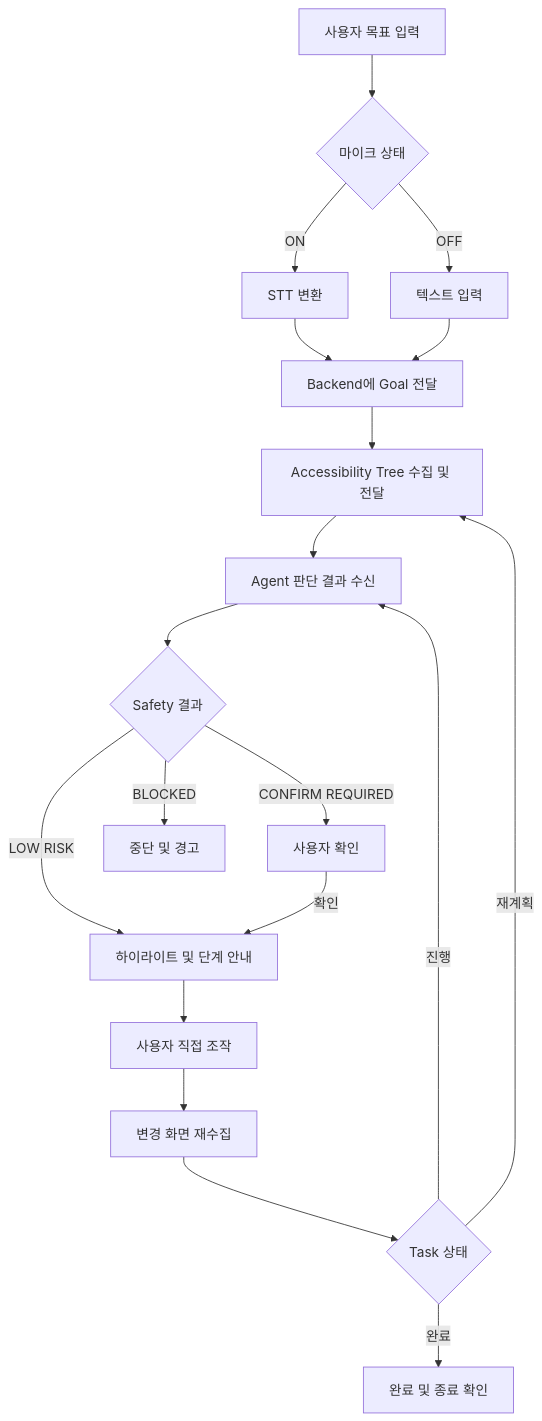
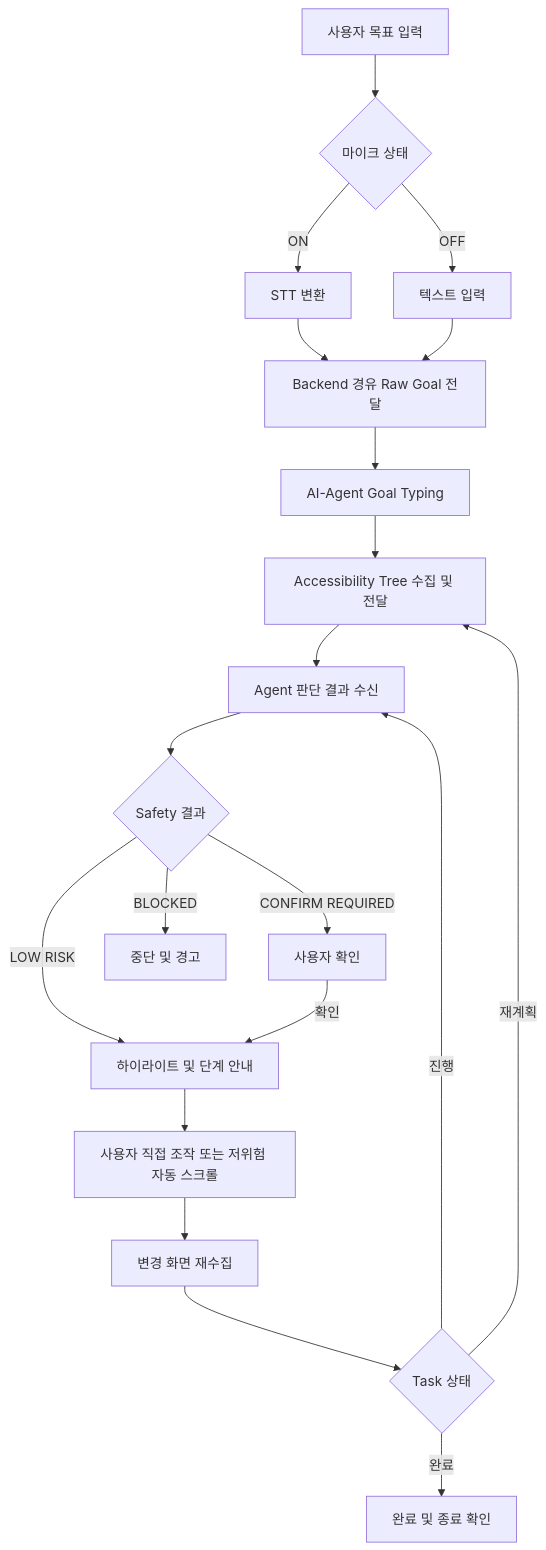
Before and after one commit to Bae-iri/Click: the diagram in docs/frontend-architecture.md, drawn with Mermaid. The commit also changed other lines of this file and 2 other files, not shown here.

Commit message:
docs: align frontend and ai-agent responsibilities

````diff
--- a/docs/frontend-architecture.md
+++ b/docs/frontend-architecture.md
@@ -119,21 +130,22 @@
 ```mermaid
 flowchart TD
     A[사용자 목표 입력] --> B{마이크 상태}
     B -->|ON| C[STT 변환]
     B -->|OFF| D[텍스트 입력]
-    C --> E[Backend에 Goal 전달]
+    C --> E[Backend 경유 Raw Goal 전달]
     D --> E
-    E --> F[Accessibility Tree 수집 및 전달]
-    F --> G[Agent 판단 결과 수신]
-    G --> H{Safety 결과}
-    H -->|LOW RISK| I[하이라이트 및 단계 안내]
-    H -->|CONFIRM REQUIRED| J[사용자 확인]
-    H -->|BLOCKED| K[중단 및 경고]
-    J -->|확인| I
-    I --> L[사용자 직접 조작]
-    L --> M[변경 화면 재수집]
-    M --> N{Task 상태}
-    N -->|진행| G
-    N -->|재계획| F
-    N -->|완료| O[완료 및 종료 확인]
+    E --> F[AI-Agent Goal Typing]
+    F --> G[Accessibility Tree 수집 및 전달]
+    G --> H[Agent 판단 결과 수신]
+    H --> I{Safety 결과}
+    I -->|LOW RISK| J[하이라이트 및 단계 안내]
+    I -->|CONFIRM REQUIRED| K[사용자 확인]
+    I -->|BLOCKED| L[중단 및 경고]
+    K -->|확인| J
+    J --> M[사용자 직접 조작 또는 저위험 자동 스크롤]
+    M --> N[변경 화면 재수집]
+    N --> O{Task 상태}
+    O -->|진행| H
+    O -->|재계획| G
+    O -->|완료| P[완료 및 종료 확인]
 ```
````
